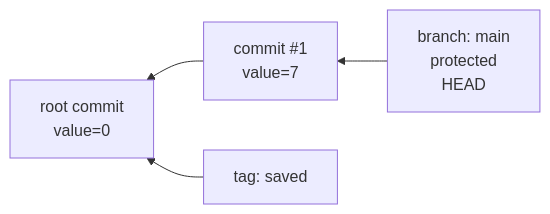
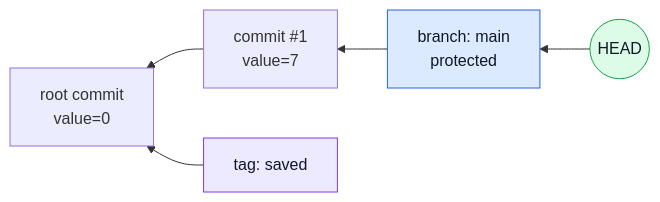
The second of 9 diagrams in docs/spec.md (Lax125/gitscript), drawn with Mermaid before and after one commit. The commit also changed other lines of this file, not shown here.

Commit message:
improve graphs in spec

````diff
--- a/docs/spec.md
+++ b/docs/spec.md
@@ -44,6 +44,14 @@
 ```mermaid
 flowchart RL
     C1["commit #1\nvalue=7"] --> C0["root commit\nvalue=0"]
-    main["branch: main\nprotected\nHEAD"] --> C1
-    saved["tag: saved"] --> C0
+    Head(("HEAD")) --> MainBranch["branch: main\nprotected"]
+    MainBranch --> C1
+    SavedTag["tag: saved"] --> C0
+
+    classDef branch fill:#dbeafe,stroke:#2563eb,color:#111827
+    classDef tag fill:#ede9fe,stroke:#7c3aed,color:#111827
+    classDef head fill:#dcfce7,stroke:#16a34a,color:#111827
+    class MainBranch branch
+    class SavedTag tag
+    class Head head
 ```
````
